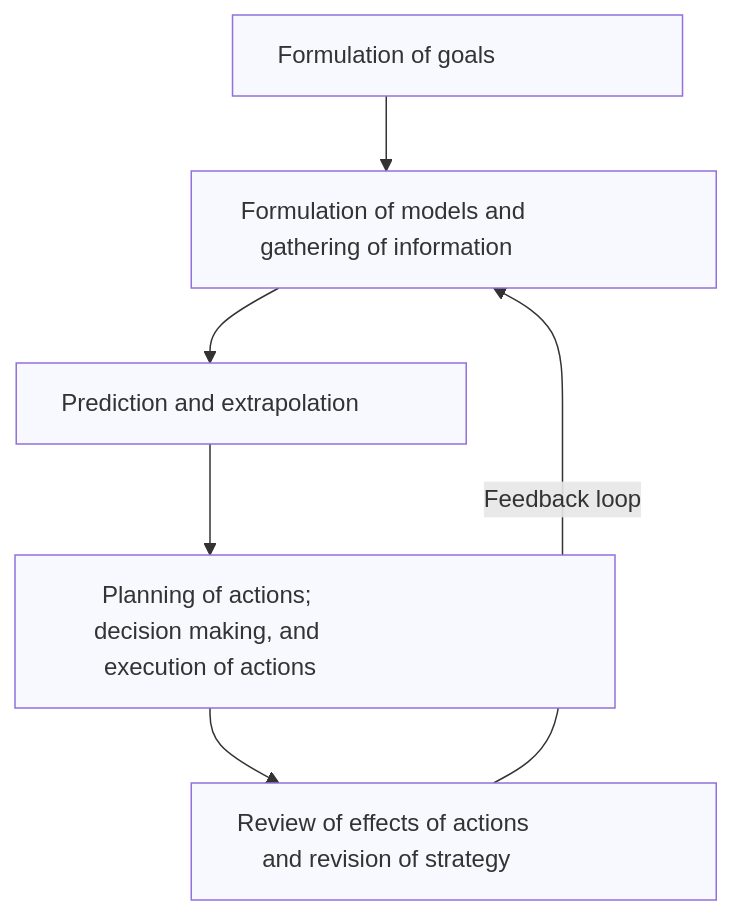
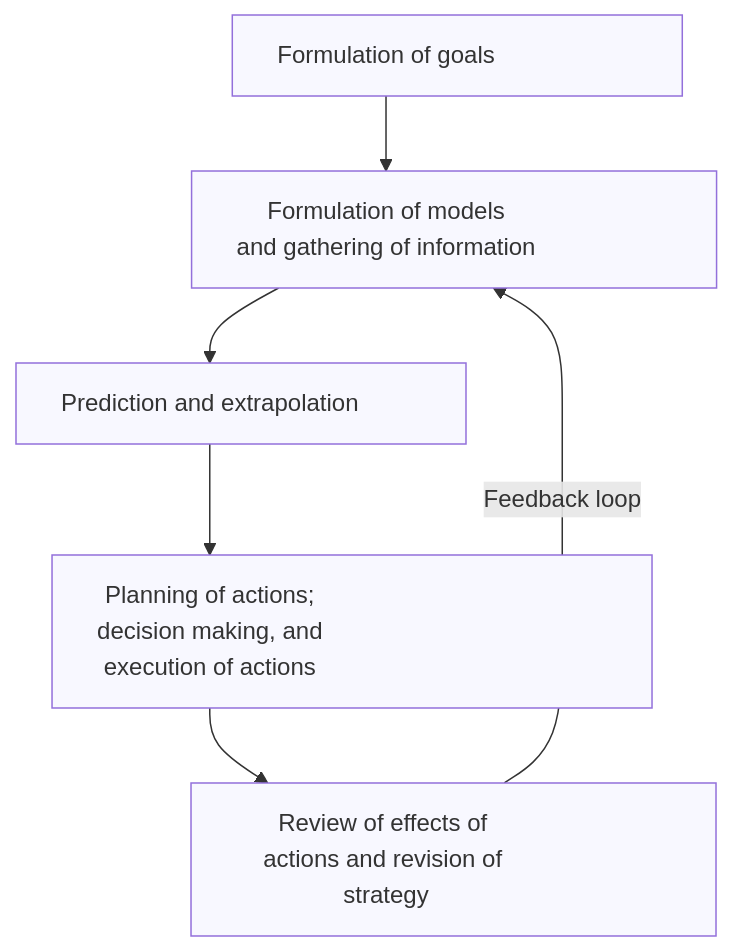
The diagram in notes_logic_failure.md (lukereding/book_notes), drawn with Mermaid before and after one commit.

Commit message:
Try custom widths

````diff
--- a/notes_logic_failure.md
+++ b/notes_logic_failure.md
@@ -16,15 +16,15 @@
 ```mermaid
 flowchart TD
-  A["Formulation of goals"] --> B["Formulation of models and gathering of information"]
+  A["Formulation of goals"] --> B["Formulation of models <br>and gathering of information"]
   B --> C["Prediction and extrapolation"]
-  C --> D["Planning of actions; decision making, and execution of actions"]
-  D --> E["Review of effects of actions and revision of strategy"]
+  C --> D["Planning of actions; <br>decision making, and <br>execution of actions"]
+  D --> E["Review of effects of <br>actions and revision of strategy"]
   E -->|Feedback loop| B
 
   %% Set custom widths
   style A width:300px, fill:#f8f8ff, stroke:#9370DB;
   style B width:350px, fill:#f8f8ff, stroke:#9370DB;
   style C width:300px, fill:#f8f8ff, stroke:#9370DB;
   style D width:400px, fill:#f8f8ff, stroke:#9370DB;
   style E width:350px, fill:#f8f8ff, stroke:#9370DB;
 ```
````
